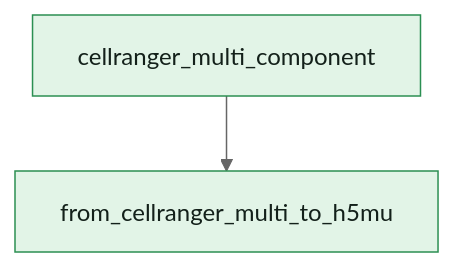
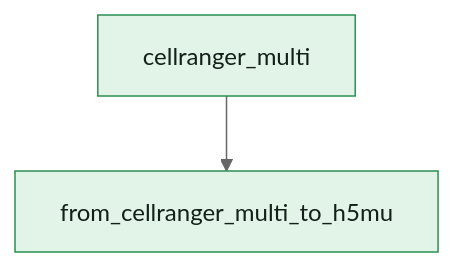
Before and after one commit to openpipelines-bio/openpipeline_docs: the diagram in reference/openpipeline/v4.2.0/workflows/ingestion/cellranger_multi.qmd, drawn with Mermaid (neutral theme). The commit also changed other lines of this file and 40 other files, not shown here.

````diff
--- a/reference/openpipeline/v4.2.0/workflows/ingestion/cellranger_multi.qmd
+++ b/reference/openpipeline/v4.2.0/workflows/ingestion/cellranger_multi.qmd
@@ -236,8 +236,8 @@
 ```{mermaid}
 flowchart TB
-    v17["cellranger_multi_component"]
-    v49["from_cellranger_multi_to_h5mu"]
-    v17 --> v49
-    style v17 fill:#e2f4e7,stroke:#2b8f52,color:#13201a
-    style v49 fill:#e2f4e7,stroke:#2b8f52,color:#13201a
+    c_convert_from_cellranger_multi_to_h5mu["from_cellranger_multi_to_h5mu"]
+    c_mapping_cellranger_multi["cellranger_multi"]
+    c_mapping_cellranger_multi --> c_convert_from_cellranger_multi_to_h5mu
+    style c_convert_from_cellranger_multi_to_h5mu fill:#e2f4e7,stroke:#2b8f52,color:#13201a
+    style c_mapping_cellranger_multi fill:#e2f4e7,stroke:#2b8f52,color:#13201a
 ```
````
